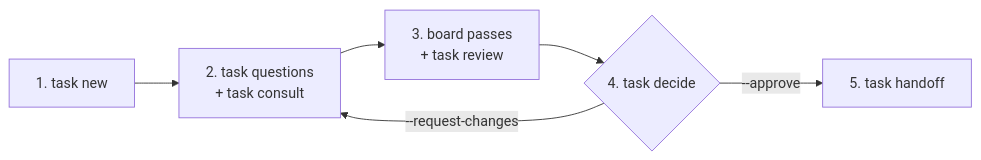
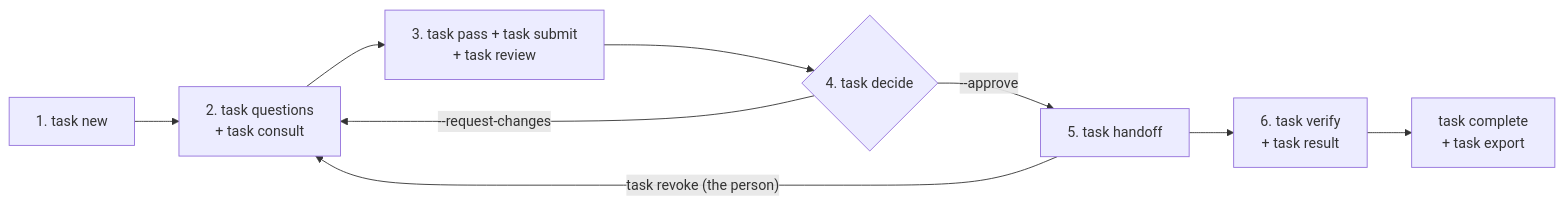
Before and after one commit to Sandbox-podcast/OpenGuildKit: the diagram in docs/workflow.md, drawn with Mermaid. The commit also changed other lines of this file and 522 other files, not shown here.

````diff
--- a/docs/workflow.md
+++ b/docs/workflow.md
@@ -5,8 +5,11 @@
 ```mermaid
 flowchart LR
     N["1. task new"] --> Q["2. task questions<br/>+ task consult"]
-    Q --> R["3. board passes<br/>+ task review"]
+    Q --> R["3. task pass + task submit<br/>+ task review"]
     R --> D{"4. task decide"}
+    D -- "--request-changes" --> Q
     D -- "--approve" --> H["5. task handoff"]
-    D -- "--request-changes" --> Q
+    H --> V["6. task verify<br/>+ task result"]
+    V --> C["task complete<br/>+ task export"]
+    H -- "task revoke (the person)" --> Q
 ```
````
